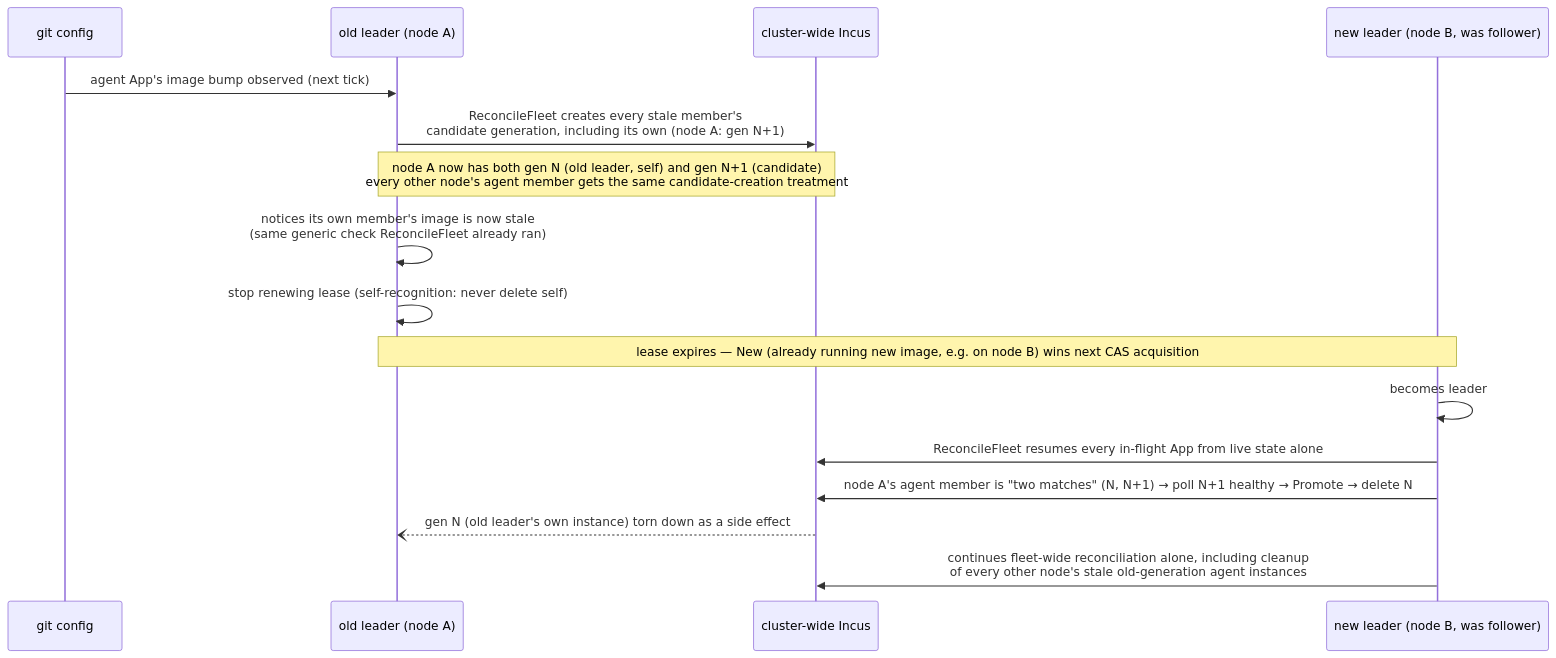
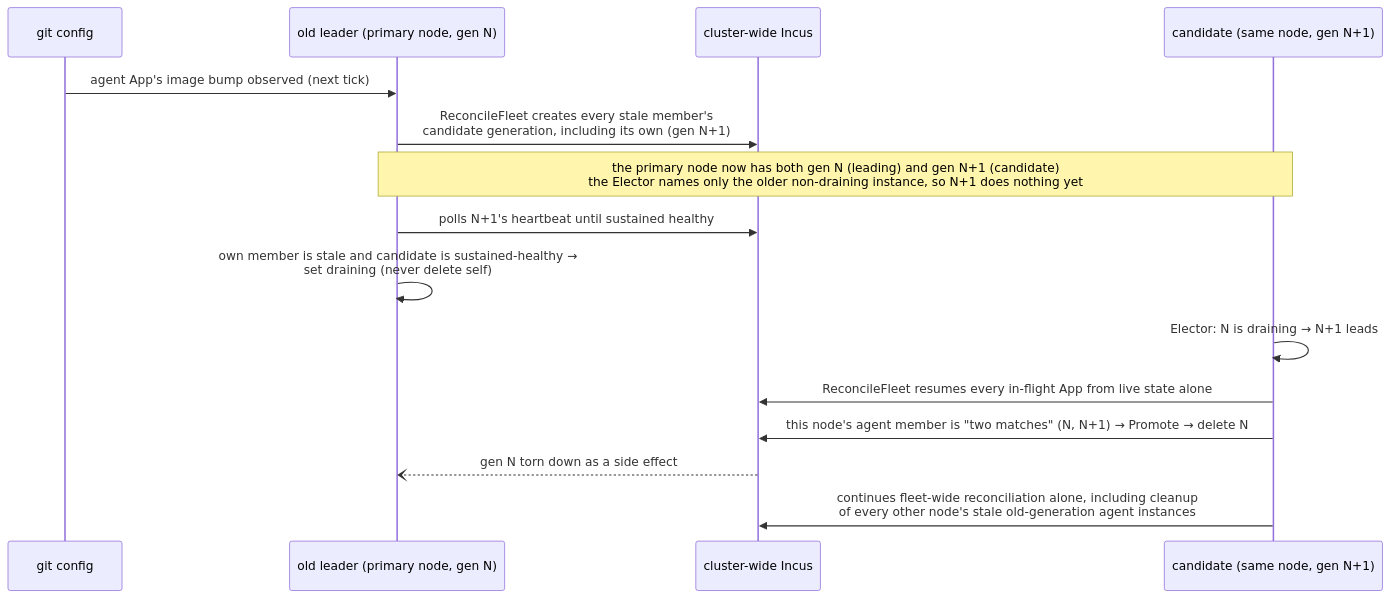
One commit to ehharvey/homelab-ops changed the second of 2 diagrams in docs/AppManager.md. Above: the diagram before and after it, drawn with Mermaid. The commit also changed other lines of this file and 7 other files, not shown here.

First line of the commit message:
Leader election — pluggable Elector + operator-designated primary

````diff
--- a/docs/AppManager.md
+++ b/docs/AppManager.md
@@ -156,19 +161,18 @@
 ```mermaid
 sequenceDiagram
     participant Git as git config
-    participant Old as old leader (node A)
+    participant Old as old leader (primary node, gen N)
     participant Incus as cluster-wide Incus
-    participant New as new leader (node B, was follower)
+    participant New as candidate (same node, gen N+1)
 
     Git->>Old: agent App's image bump observed (next tick)
-    Old->>Incus: ReconcileFleet creates every stale member's<br/>candidate generation, including its own (node A: gen N+1)
-    Note over Old,Incus: node A now has both gen N (old leader, self) and gen N+1 (candidate)<br/>every other node's agent member gets the same candidate-creation treatment
-    Old->>Old: notices its own member's image is now stale<br/>(same generic check ReconcileFleet already ran)
-    Old->>Old: stop renewing lease (self-recognition: never delete self)
-    Note over Old,New: lease expires — New (already running new image, e.g. on node B) wins next CAS acquisition
-    New->>New: becomes leader
+    Old->>Incus: ReconcileFleet creates every stale member's<br/>candidate generation, including its own (gen N+1)
+    Note over Old,New: the primary node now has both gen N (leading) and gen N+1 (candidate)<br/>the Elector names only the older non-draining instance, so N+1 does nothing yet
+    Old->>Incus: polls N+1's heartbeat until sustained healthy
+    Old->>Old: own member is stale and candidate is sustained-healthy →<br/>set draining (never delete self)
+    New->>New: Elector: N is draining → N+1 leads
     New->>Incus: ReconcileFleet resumes every in-flight App from live state alone
-    New->>Incus: node A's agent member is "two matches" (N, N+1) → poll N+1 healthy → Promote → delete N
-    Incus--)Old: gen N (old leader's own instance) torn down as a side effect
+    New->>Incus: this node's agent member is "two matches" (N, N+1) → Promote → delete N
+    Incus--)Old: gen N torn down as a side effect
     New->>Incus: continues fleet-wide reconciliation alone, including cleanup<br/>of every other node's stale old-generation agent instances
 ```
````
